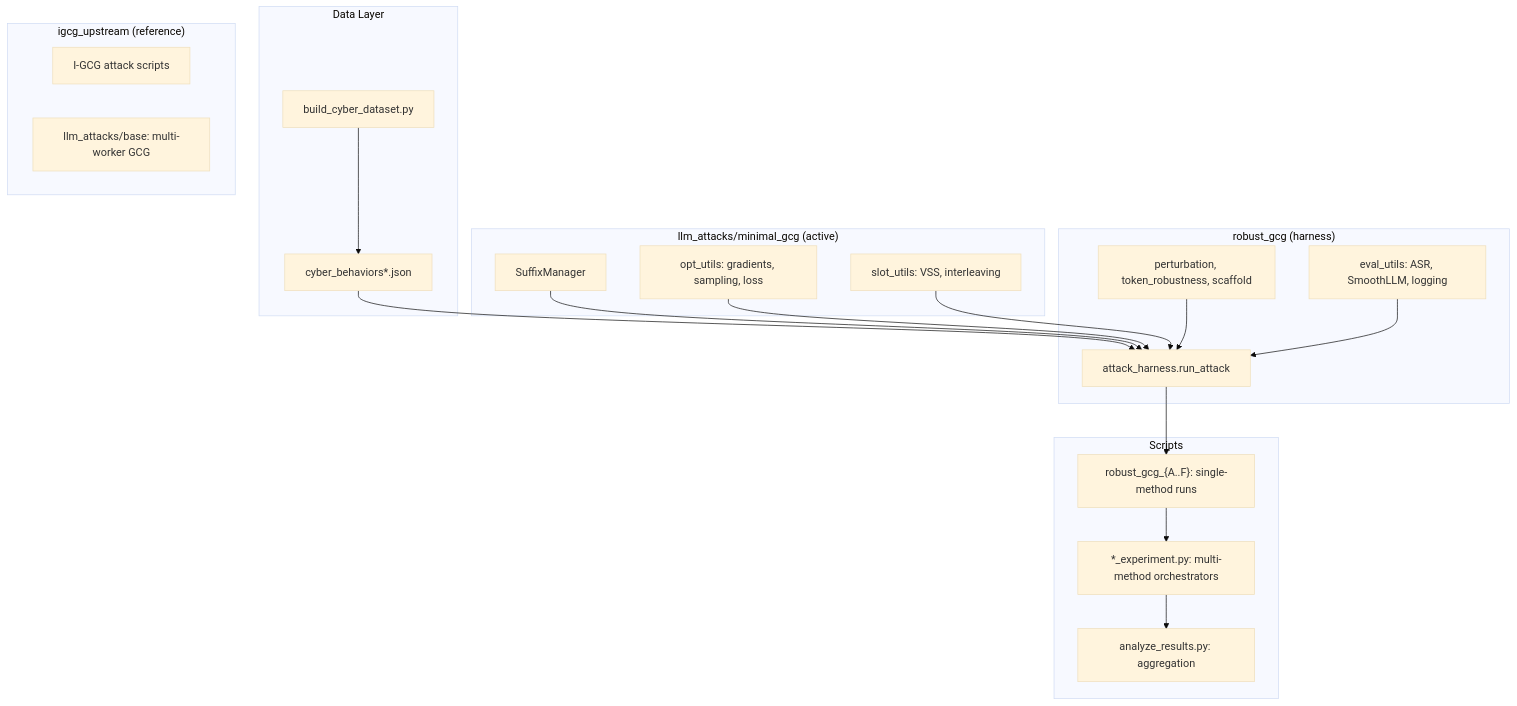
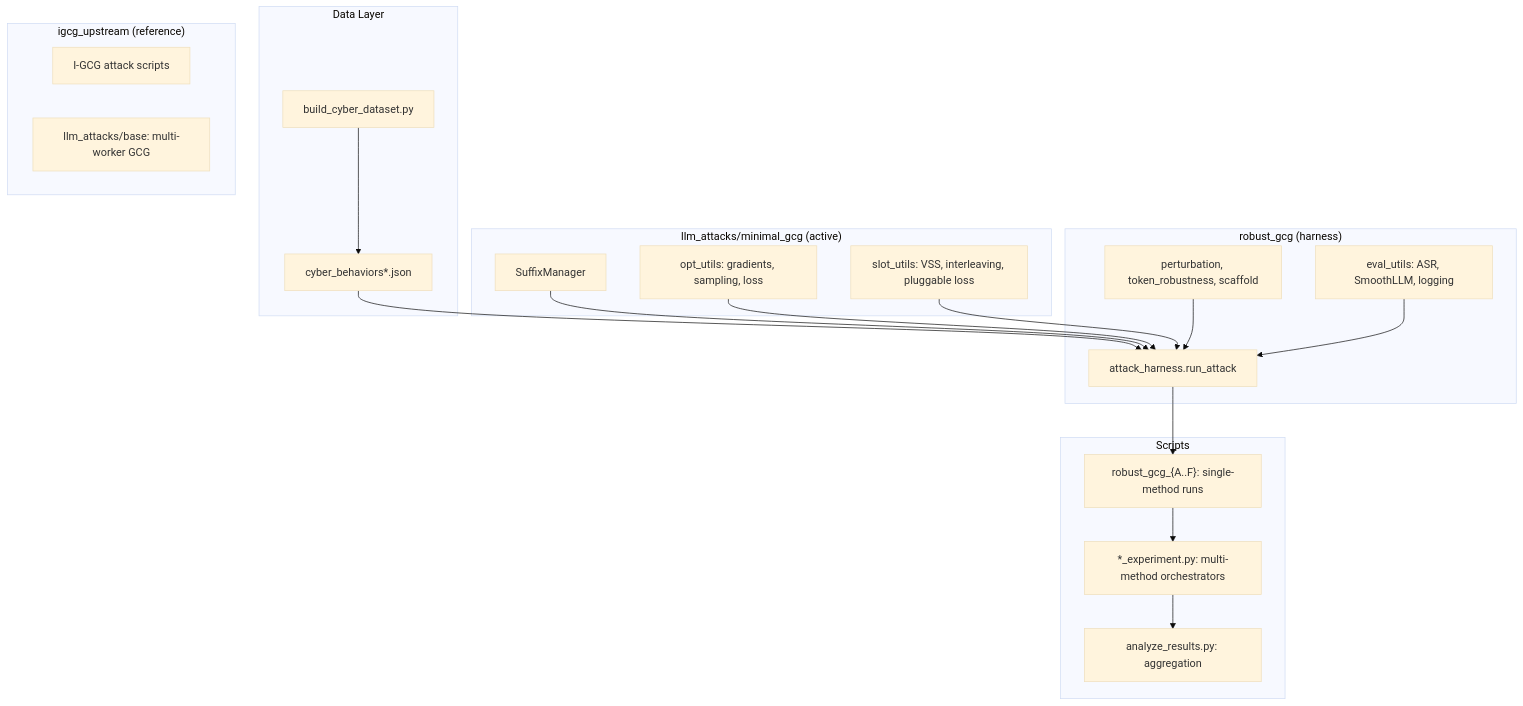
One commit to Renriviera/MLAI2026COLUMBIA changed the diagram in README.md. Above: the diagram before and after it, drawn with Mermaid (base theme). The commit also changed other lines of this file and 18 other files, not shown here.

````diff
--- a/README.md
+++ b/README.md
@@ -235,41 +377,41 @@
 ```mermaid
 flowchart TB
   subgraph data [Data Layer]
     CB["cyber_behaviors*.json"]
     BSD["build_cyber_dataset.py"]
   end
 
   subgraph minimal_gcg ["llm_attacks/minimal_gcg (active)"]
     SM[SuffixManager]
     OU["opt_utils: gradients, sampling, loss"]
-    SU["slot_utils: VSS, interleaving"]
+    SU["slot_utils: VSS, interleaving, pluggable loss"]
   end
 
   subgraph robust ["robust_gcg (harness)"]
     AH["attack_harness.run_attack"]
     EV["eval_utils: ASR, SmoothLLM, logging"]
     PT["perturbation, token_robustness, scaffold"]
   end
 
   subgraph scripts [Scripts]
     MS["robust_gcg_{A..F}: single-method runs"]
     EX["*_experiment.py: multi-method orchestrators"]
     AN["analyze_results.py: aggregation"]
   end
 
   subgraph upstream ["igcg_upstream (reference)"]
     IGCG["I-GCG attack scripts"]
     AM["llm_attacks/base: multi-worker GCG"]
   end
 
   CB --> AH
   BSD --> CB
   SM --> AH
   OU --> AH
   SU --> AH
   PT --> AH
   EV --> AH
   AH --> MS
   MS --> EX
   EX --> AN
 ```
````
